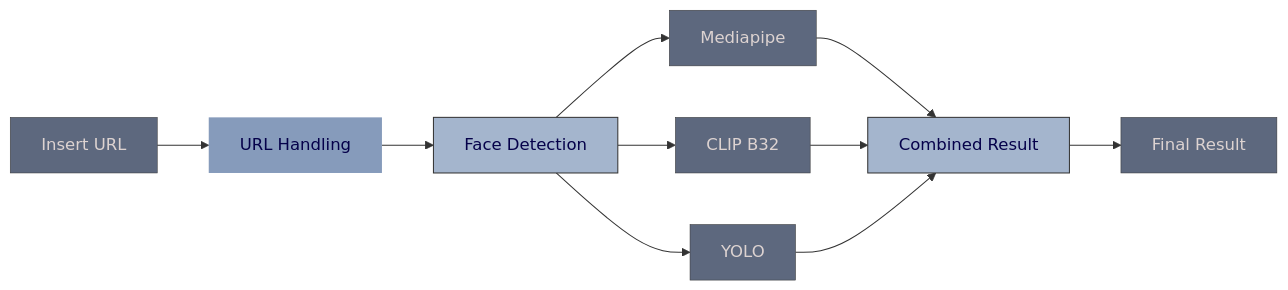
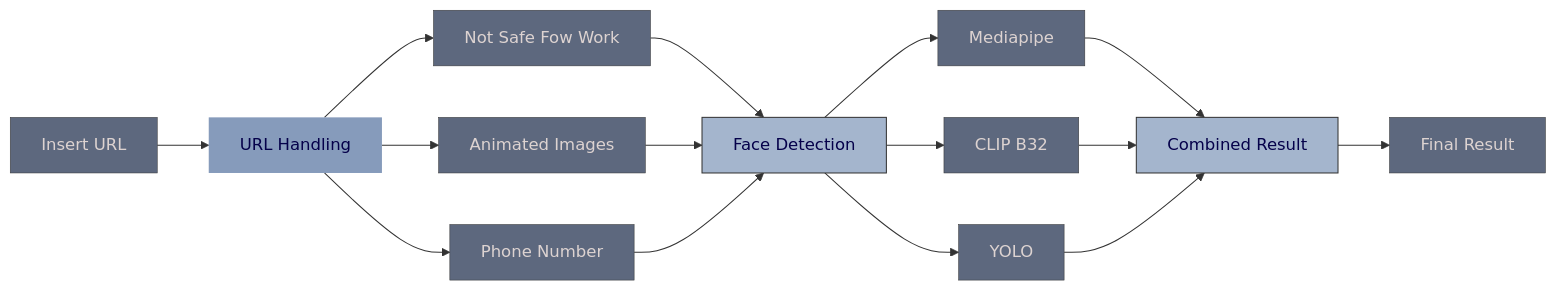
One commit to AbhigyanSen/ABP changed the diagram in ProfileModeration/readme.md. Above: the diagram before and after it, drawn with Mermaid. The commit also changed other lines of this file, not shown here.

````diff
--- a/ProfileModeration/readme.md
+++ b/ProfileModeration/readme.md
@@ -58,19 +83,27 @@
 ```mermaid
 graph LR
 A[Insert URL] --> B[URL Handling]
-B --> C[Face Detection]
+B --> B1[Not Safe Fow Work]
+B --> B2[Animated Images]
+B --> B3[Phone Number]
+B1 --> C[Face Detection]
+B2 --> C[Face Detection]
+B3 --> C[Face Detection]
 C --> D[Mediapipe] -->G
 C --> E[CLIP B32] --> G
 C --> F[YOLO] --> G
 G[Combined Result]  --> H
 H[Final Result]
 
 style A fill:#5d687e,stroke:#333,stroke-width:0.5px,color:#ddd3d1
 style B fill:#869bbb,stroke:#333,stroke-width:0px,color:#05014a
+style B1 fill:#5d687e,stroke:#333,stroke-width:0.5px,color:#ddd3d1
+style B2 fill:#5d687e,stroke:#333,stroke-width:0.5px,color:#ddd3d1
+style B3 fill:#5d687e,stroke:#333,stroke-width:0.5px,color:#ddd3d1
 style G fill:#a4b5cd,stroke:#333,stroke-width:1px,color:#05014a
 style C fill:#a4b5cd,stroke:#333,stroke-width:1px,color:#05014a
 style D fill:#5d687e,stroke:#333,stroke-width:0.5px,color:#ddd3d1
 style E fill:#5d687e,stroke:#333,stroke-width:0.5px,color:#ddd3d1
 style F fill:#5d687e,stroke:#333,stroke-width:0.5px,color:#ddd3d1
 style H fill:#5d687e,stroke:#333,stroke-width:0.5px,color:#ddd3d1
 ```
````
